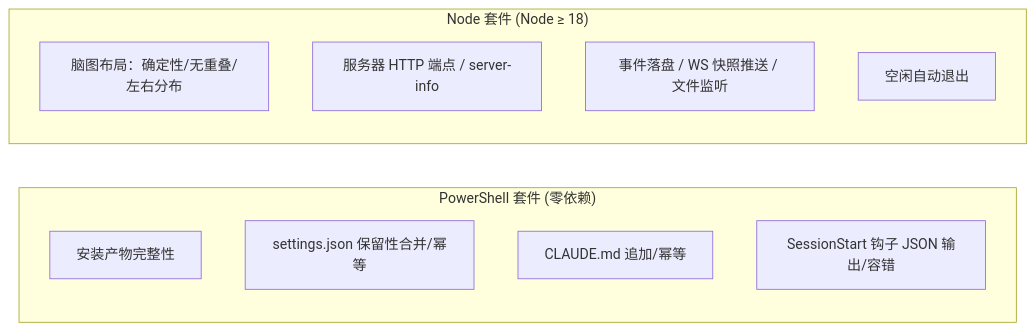
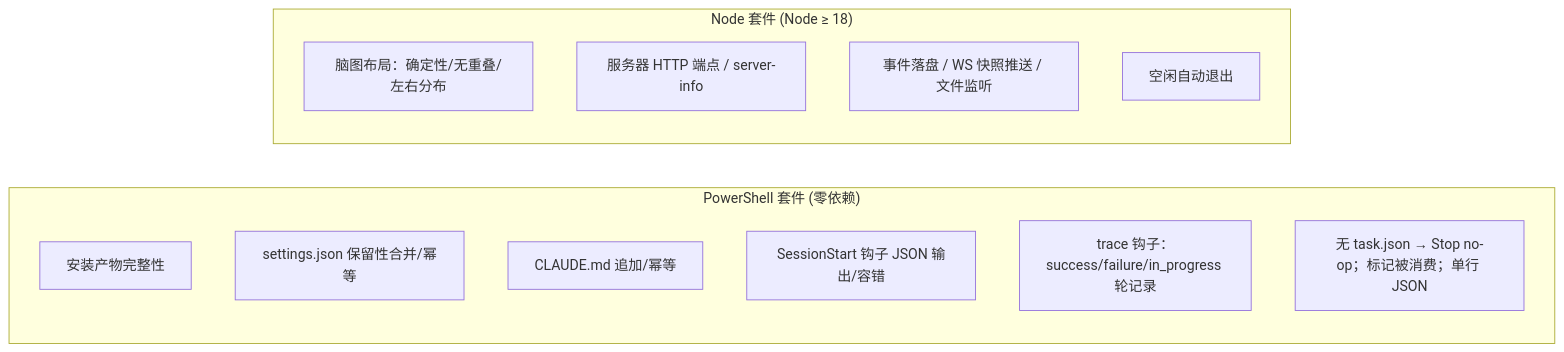
The tenth of 11 diagrams in 技术方案文档.md (YachuanWzh/harness), drawn with Mermaid before and after one commit. The commit also changed other lines of this file, not shown here.

````diff
--- a/技术方案文档.md
+++ b/技术方案文档.md
@@ -261,15 +366,17 @@
 ```mermaid
 flowchart LR
     subgraph PS["PowerShell 套件 (零依赖)"]
         T1["安装产物完整性"]
         T2["settings.json 保留性合并/幂等"]
         T3["CLAUDE.md 追加/幂等"]
         T4["SessionStart 钩子 JSON 输出/容错"]
+        T5["trace 钩子：success/failure/in_progress 轮记录"]
+        T6["无 task.json → Stop no-op；标记被消费；单行 JSON"]
     end
     subgraph NODE["Node 套件 (Node ≥ 18)"]
         N1["脑图布局：确定性/无重叠/左右分布"]
         N2["服务器 HTTP 端点 / server-info"]
         N3["事件落盘 / WS 快照推送 / 文件监听"]
         N4["空闲自动退出"]
     end
 ```
````
